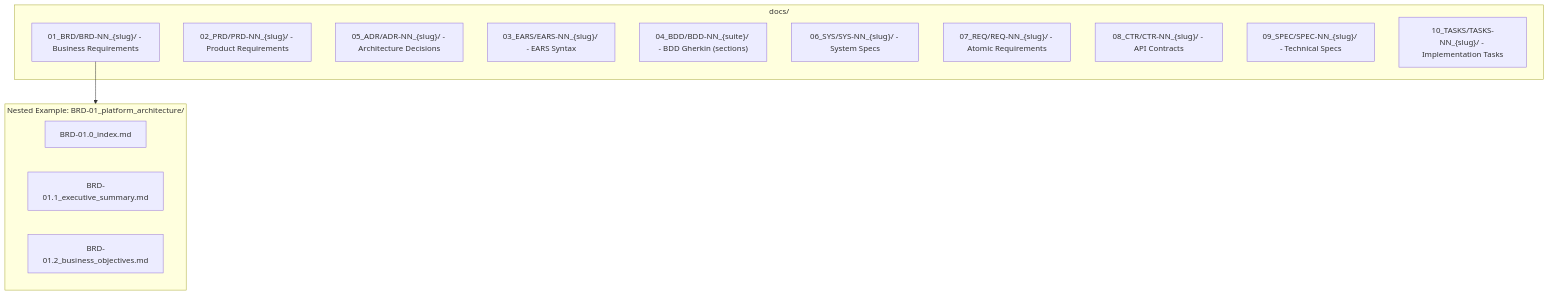
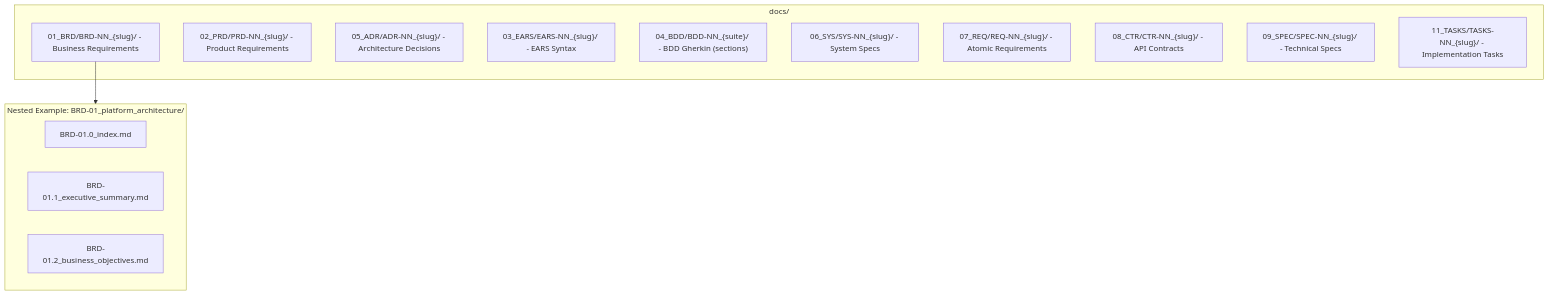
The diagram in ai_dev_flow/QUICK_REFERENCE.md (vladm3105/aidoc-flow-framework), drawn with Mermaid before and after one commit. The commit also changed other lines of this file and 70 other files, not shown here.

First line of the commit message:
feat: Update AI Dev Flow to 15-layer architecture

````diff
--- a/ai_dev_flow/QUICK_REFERENCE.md
+++ b/ai_dev_flow/QUICK_REFERENCE.md
@@ -153,23 +153,23 @@
 ```mermaid
 graph TB
   subgraph docs["docs/"]
     BRD["01_BRD/BRD-NN_{slug}/ - Business Requirements"]
     PRD["02_PRD/PRD-NN_{slug}/ - Product Requirements"]
     ADR["05_ADR/ADR-NN_{slug}/ - Architecture Decisions"]
     EARS["03_EARS/EARS-NN_{slug}/ - EARS Syntax"]
     BDD["04_BDD/BDD-NN_{suite}/ - BDD Gherkin (sections)"]
     SYS["06_SYS/SYS-NN_{slug}/ - System Specs"]
     REQ["07_REQ/REQ-NN_{slug}/ - Atomic Requirements"]
     CTR["08_CTR/CTR-NN_{slug}/ - API Contracts"]
     SPEC["09_SPEC/SPEC-NN_{slug}/ - Technical Specs"]
-    TASKS["10_TASKS/TASKS-NN_{slug}/ - Implementation Tasks"]
+    TASKS["11_TASKS/TASKS-NN_{slug}/ - Implementation Tasks"]
   end
 
   subgraph nested_example["Nested Example: BRD-01_platform_architecture/"]
     idx["BRD-01.0_index.md"]
     sec1["BRD-01.1_executive_summary.md"]
     sec2["BRD-01.2_business_objectives.md"]
   end
 
   BRD --> nested_example
 ```
````
